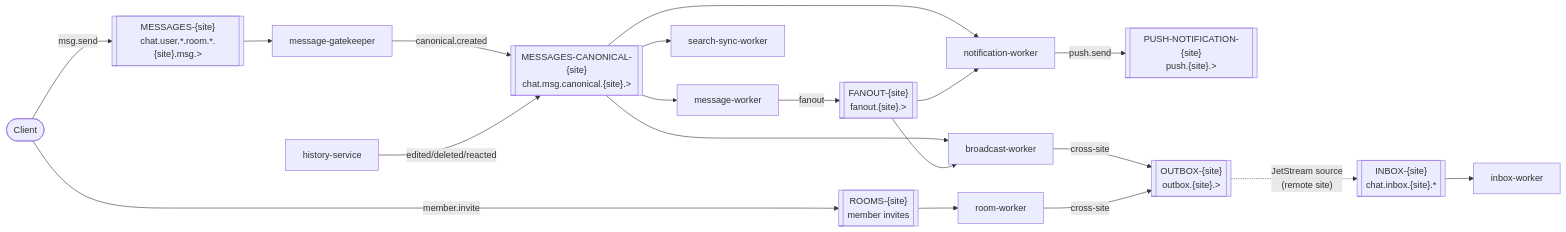
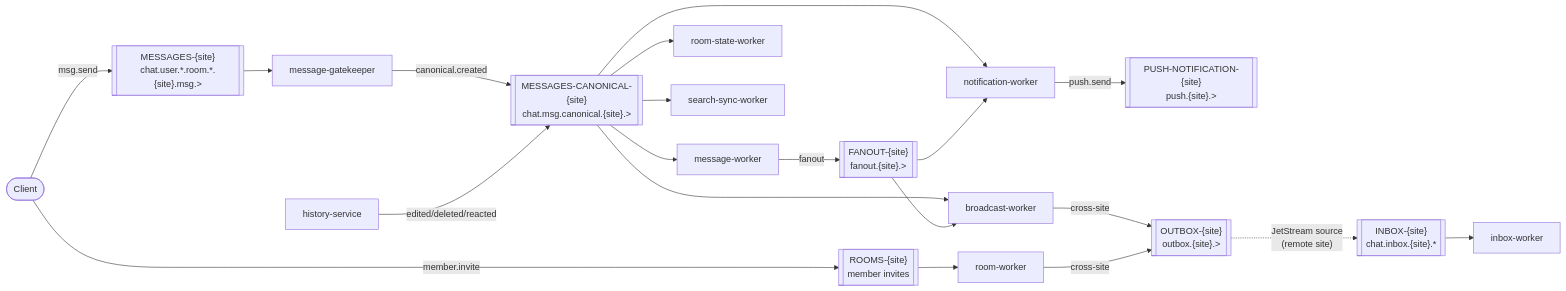
The fourth of 5 diagrams in docs/architecture.md (hmchangw/newchat), drawn with Mermaid before and after one commit. The commit also changed other lines of this file and 4 other files, not shown here.

First line of the commit message:
docs: document room-state-worker ownership and deploy order

````diff
--- a/docs/architecture.md
+++ b/docs/architecture.md
@@ -196,37 +199,38 @@
 ```mermaid
 flowchart LR
     Client(["Client"])
 
     MESSAGES[["MESSAGES-{site}<br/>chat.user.*.room.*.{site}.msg.&gt;"]]
     CANON[["MESSAGES-CANONICAL-{site}<br/>chat.msg.canonical.{site}.&gt;"]]
     FANOUT[["FANOUT-{site}<br/>fanout.{site}.&gt;"]]
     ROOMS[["ROOMS-{site}<br/>member invites"]]
     PUSH[["PUSH-NOTIFICATION-{site}<br/>push.{site}.&gt;"]]
     OUTBOX[["OUTBOX-{site}<br/>outbox.{site}.&gt;"]]
     INBOX[["INBOX-{site}<br/>chat.inbox.{site}.*"]]
 
     Client -->|msg.send| MESSAGES
     MESSAGES --> GK[message-gatekeeper]
     GK -->|canonical.created| CANON
 
     CANON --> MW[message-worker]
     CANON --> BW[broadcast-worker]
+    CANON --> RSW[room-state-worker]
     CANON --> NW[notification-worker]
     CANON --> SS[search-sync-worker]
 
     MW -->|fanout| FANOUT
     FANOUT --> BW
     FANOUT --> NW
 
     Client -->|member.invite| ROOMS
     ROOMS --> RW[room-worker]
 
     NW -->|push.send| PUSH
 
     BW -->|cross-site| OUTBOX
     RW -->|cross-site| OUTBOX
     OUTBOX -. "JetStream source<br/>(remote site)" .-> INBOX
     INBOX --> IW[inbox-worker]
 
     HS[history-service] -->|edited/deleted/reacted| CANON
 ```
````
